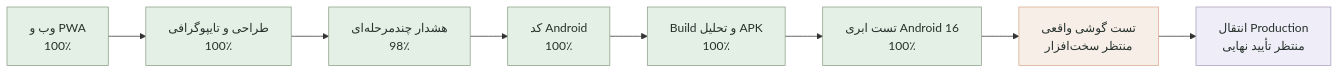
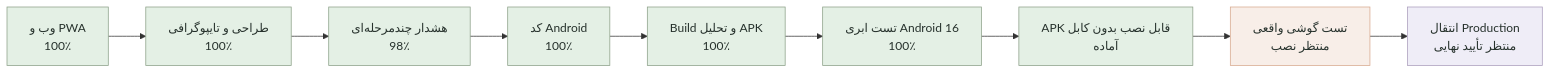
Before and after one commit to tparkhondeh/personalAgent: the diagram in PROJECT_STATUS.md, drawn with Mermaid. The commit also changed other lines of this file and 2 other files, not shown here.

````diff
--- a/PROJECT_STATUS.md
+++ b/PROJECT_STATUS.md
@@ -18,18 +18,19 @@
 ```mermaid
 flowchart LR
     A[وب و PWA<br/>100٪] --> B[طراحی و تایپوگرافی<br/>100٪]
     B --> C[هشدار چندمرحله‌ای<br/>98٪]
     C --> D[کد Android<br/>100٪]
     D --> E[Build و تحلیل APK<br/>100٪]
     E --> H[تست ابری Android 16<br/>100٪]
-    H --> G[تست گوشی واقعی<br/>منتظر سخت‌افزار]
+    H --> I[APK قابل نصب بدون کابل<br/>آماده]
+    I --> G[تست گوشی واقعی<br/>منتظر نصب]
     G --> F[انتقال Production<br/>منتظر تأیید نهایی]
 
     classDef done fill:#e4f0e5,stroke:#8ca088,color:#26312c;
     classDef active fill:#f8eee8,stroke:#d7a98f,color:#26312c;
     classDef pending fill:#efedf7,stroke:#aa9dbc,color:#26312c;
-    class A,B,H done;
+    class A,B,H,I done;
     class C,D,E done;
     class G active;
     class F pending;
 ```
````
